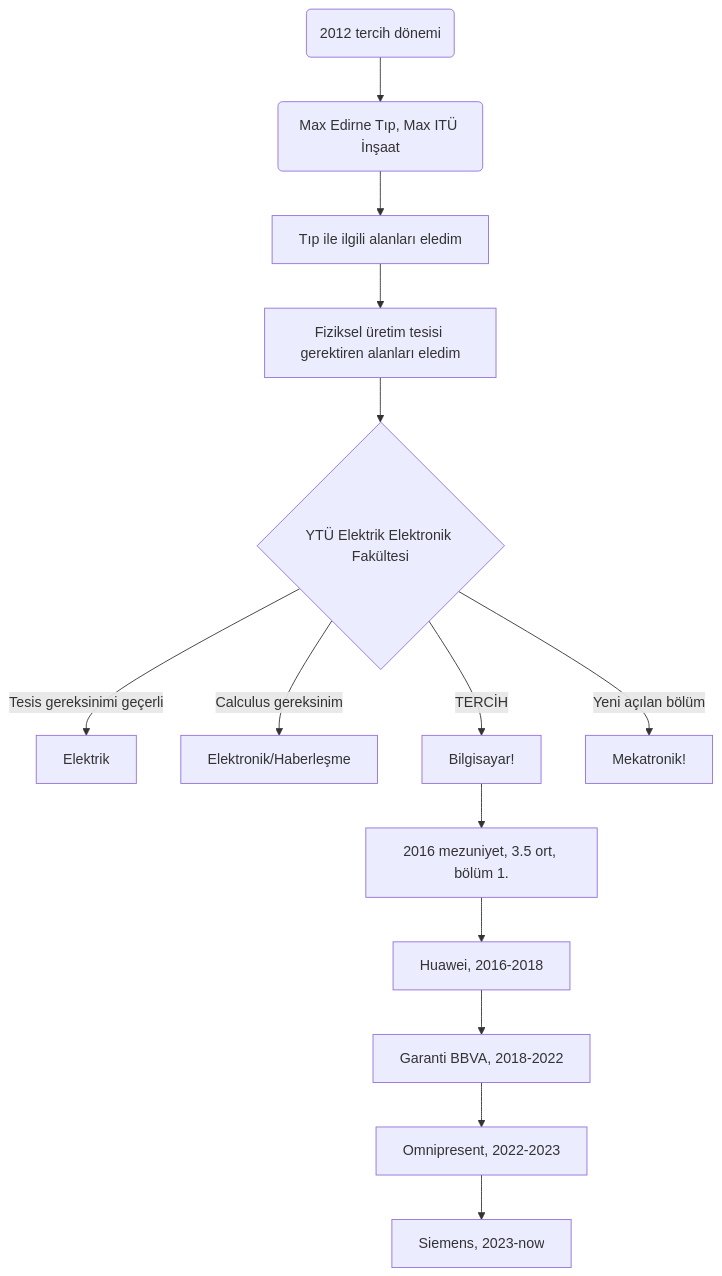
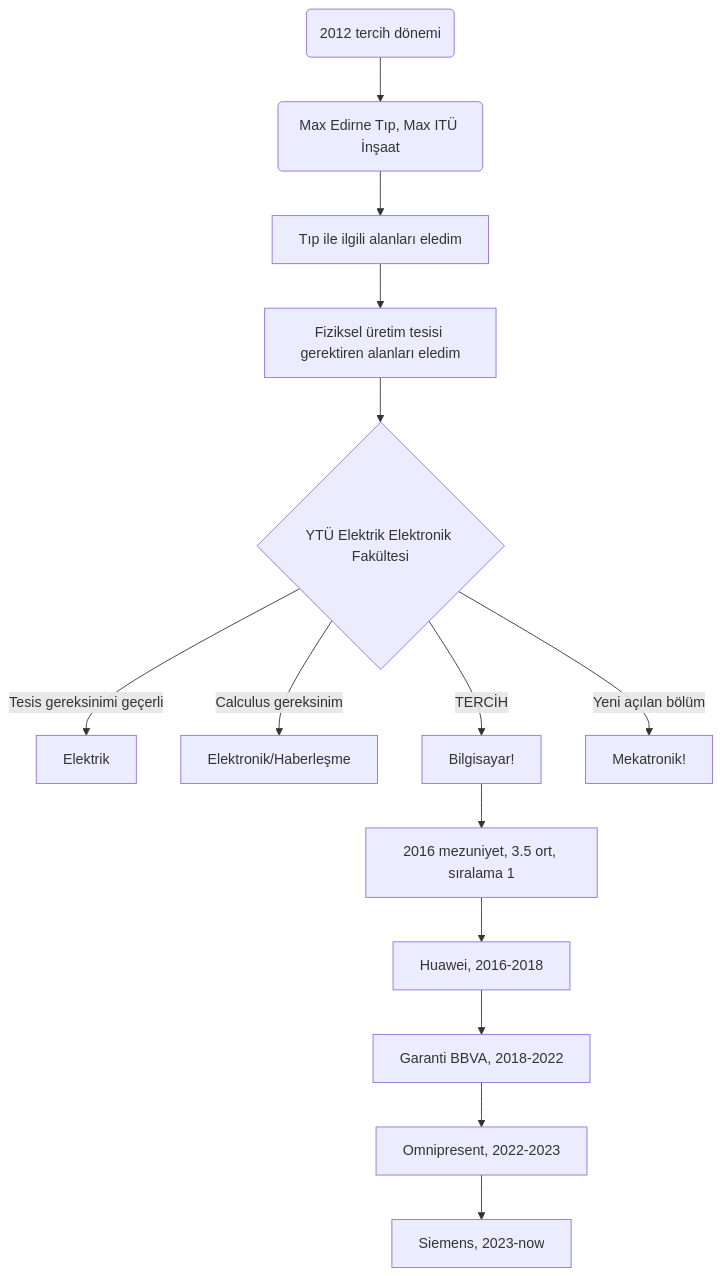
Before and after one commit to hsynercn/presentation-for-students: the diagram in README.md, drawn with Mermaid. The commit also changed other lines of this file, not shown here.

````diff
--- a/README.md
+++ b/README.md
@@ -2,16 +2,16 @@
 ```mermaid
 flowchart TD
     A(2012 tercih dönemi) --> B(Max Edirne Tıp, Max ITÜ İnşaat)
     B --> C[Tıp ile ilgili alanları eledim]
     C --> D[Fiziksel üretim tesisi gerektiren alanları eledim]
     D --> E{YTÜ Elektrik Elektronik Fakültesi}
     E --> |Tesis gereksinimi geçerli| F[Elektrik]
     E --> |Calculus gereksinim| G[Elektronik/Haberleşme]
     E --> |TERCİH| H[Bilgisayar!]
     E --> |Yeni açılan bölüm| I[Mekatronik!]
-    H --> J[2016 mezuniyet, 3.5 ort, bölüm 1.]
+    H --> J[2016 mezuniyet, 3.5 ort, sıralama 1]
     J --> K[Huawei, 2016-2018]
     K --> L[Garanti BBVA, 2018-2022]
     L --> M[Omnipresent, 2022-2023]
     M --> N[Siemens, 2023-now]
 ```
````
